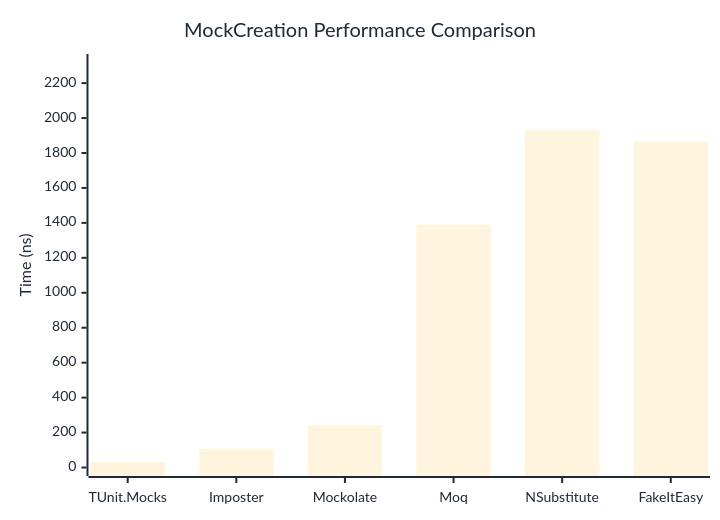
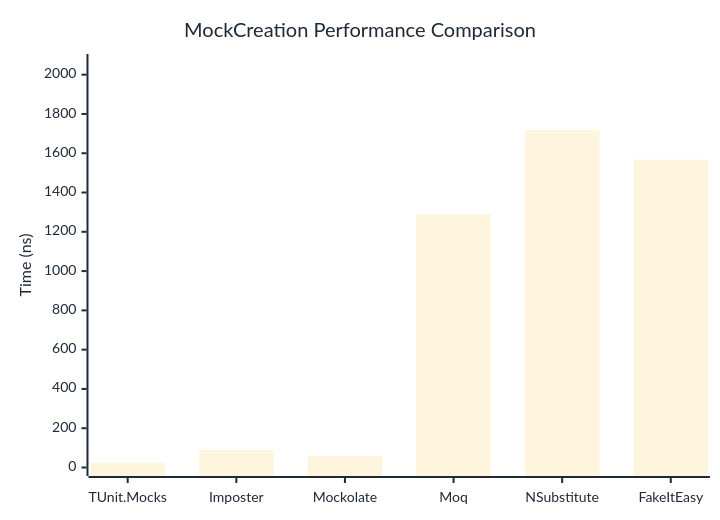
The first of 2 diagrams in docs/docs/benchmarks/mocks/MockCreation.md (weiyilai/TUnit), drawn with Mermaid before and after one commit. The commit also changed other lines of this file and 14 other files, not shown here.

````diff
--- a/docs/docs/benchmarks/mocks/MockCreation.md
+++ b/docs/docs/benchmarks/mocks/MockCreation.md
@@ -28,27 +28,27 @@
 ```mermaid
 %%{init: {
   'theme':'base',
   'themeVariables': {
     'primaryColor': '#2563eb',
     'primaryTextColor': '#1f2937',
     'primaryBorderColor': '#1e40af',
     'lineColor': '#6b7280',
     'secondaryColor': '#7c3aed',
     'tertiaryColor': '#dc2626',
     'background': '#ffffff',
     'pie1': '#2563eb',
     'pie2': '#7c3aed',
     'pie3': '#dc2626',
     'pie4': '#f59e0b',
     'pie5': '#10b981',
     'pie6': '#06b6d4',
     'pie7': '#ec4899',
     'pie8': '#6366f1'
   }
 }}%%
 xychart-beta
   title "MockCreation Performance Comparison"
   x-axis ["TUnit.Mocks", "Imposter", "Mockolate", "Moq", "NSubstitute", "FakeItEasy"]
-  y-axis "Time (ns)" 0 --> 2318
-  bar [32.18, 105.02, 242.21, 1390.17, 1930.86, 1865.52]
+  y-axis "Time (ns)" 0 --> 2062
+  bar [24.42, 88.38, 58.08, 1288.81, 1717.52, 1566.49]
 ```
````
